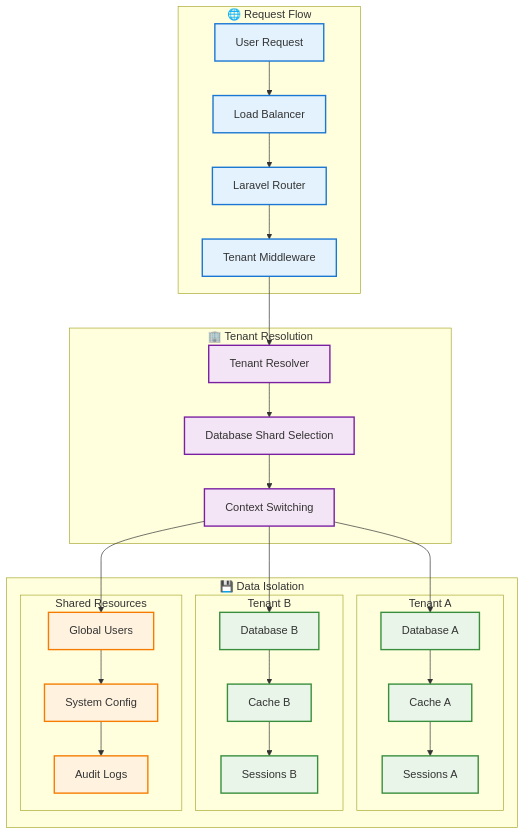
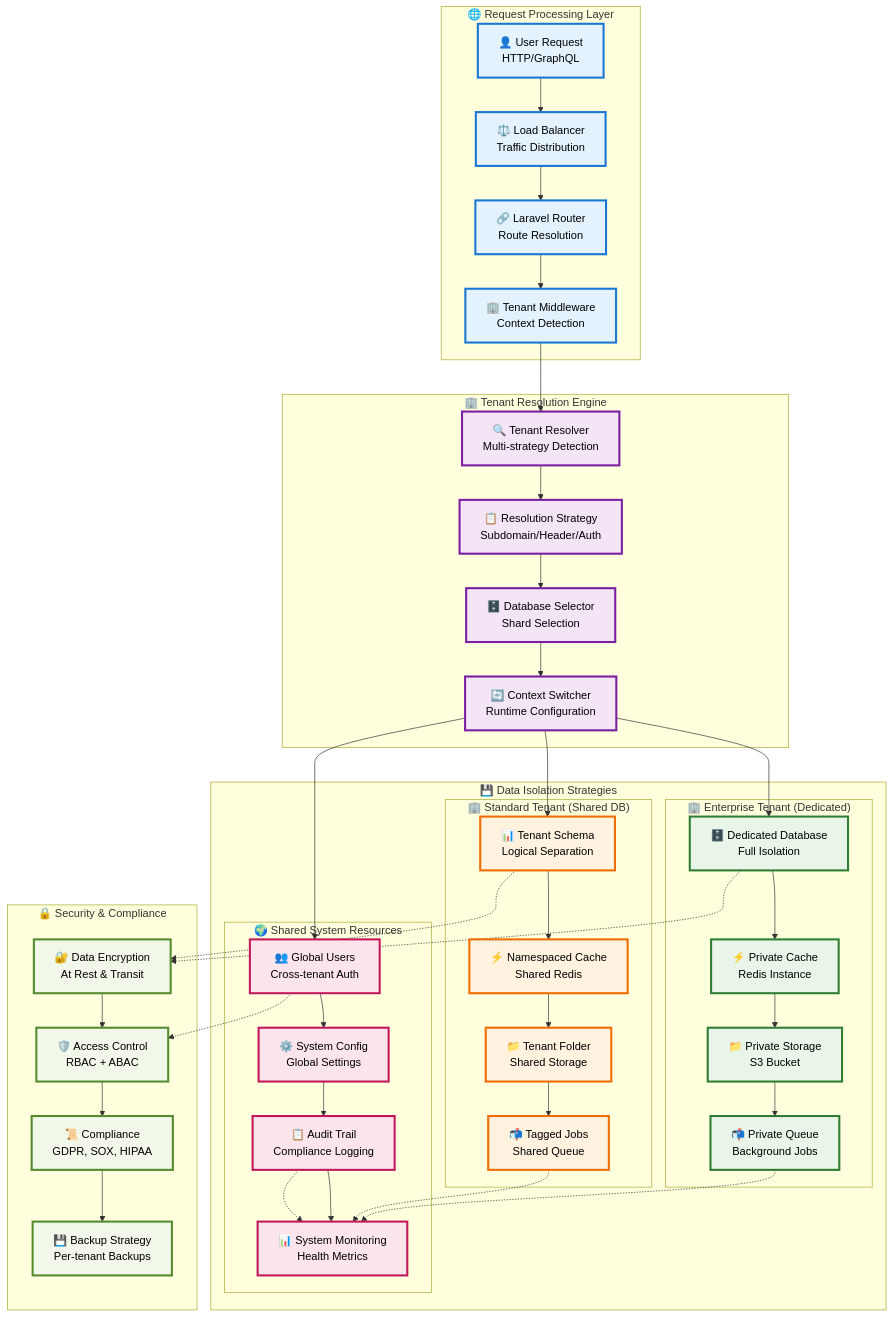
The fifth of 11 diagrams in README.md (abdoElHodaky/larvaccountplatfo), drawn with Mermaid before and after one commit. The commit also changed other lines of this file, not shown here.

````diff
--- a/README.md
+++ b/README.md
@@ -292,46 +480,101 @@
 ```mermaid
 graph TB
-    subgraph "🌐 Request Flow"
-        A[User Request] --> B[Load Balancer]
-        B --> C[Laravel Router]
-        C --> D[Tenant Middleware]
+    subgraph "🌐 Request Processing Layer"
+        USER_REQ[👤 User Request<br/>HTTP/GraphQL]
+        LOAD_BAL[⚖️ Load Balancer<br/>Traffic Distribution]
+        ROUTER[🔗 Laravel Router<br/>Route Resolution]
+        TENANT_MW[🏢 Tenant Middleware<br/>Context Detection]
+        
+        USER_REQ --> LOAD_BAL
+        LOAD_BAL --> ROUTER
+        ROUTER --> TENANT_MW
     end
     
-    subgraph "🏢 Tenant Resolution"
-        D --> E[Tenant Resolver]
-        E --> F[Database Shard Selection]
-        F --> G[Context Switching]
+    subgraph "🏢 Tenant Resolution Engine"
+        RESOLVER[🔍 Tenant Resolver<br/>Multi-strategy Detection]
+        STRATEGY[📋 Resolution Strategy<br/>Subdomain/Header/Auth]
+        DB_SELECTOR[🗄️ Database Selector<br/>Shard Selection]
+        CONTEXT[🔄 Context Switcher<br/>Runtime Configuration]
+        
+        TENANT_MW --> RESOLVER
+        RESOLVER --> STRATEGY
+        STRATEGY --> DB_SELECTOR
+        DB_SELECTOR --> CONTEXT
     end
     
-    subgraph "💾 Data Isolation"
-        subgraph "Tenant A"
-            H1[Database A] --> I1[Cache A]
-            I1 --> J1[Sessions A]
+    subgraph "💾 Data Isolation Strategies"
+        subgraph "🏢 Enterprise Tenant (Dedicated)"
+            ENT_DB[🗄️ Dedicated Database<br/>Full Isolation]
+            ENT_CACHE[⚡ Private Cache<br/>Redis Instance]
+            ENT_FILES[📁 Private Storage<br/>S3 Bucket]
+            ENT_QUEUE[📬 Private Queue<br/>Background Jobs]
+            
+            ENT_DB --> ENT_CACHE
+            ENT_CACHE --> ENT_FILES
+            ENT_FILES --> ENT_QUEUE
         end
         
-        subgraph "Tenant B"
-            H2[Database B] --> I2[Cache B]
-            I2 --> J2[Sessions B]
+        subgraph "🏢 Standard Tenant (Shared DB)"
+            STD_SCHEMA[📊 Tenant Schema<br/>Logical Separation]
+            STD_CACHE[⚡ Namespaced Cache<br/>Shared Redis]
+            STD_FILES[📁 Tenant Folder<br/>Shared Storage]
+            STD_QUEUE[📬 Tagged Jobs<br/>Shared Queue]
+            
+            STD_SCHEMA --> STD_CACHE
+            STD_CACHE --> STD_FILES
+            STD_FILES --> STD_QUEUE
         end
         
-        subgraph "Shared Resources"
-            K[Global Users] --> L[System Config]
-            L --> M[Audit Logs]
+        subgraph "🌍 Shared System Resources"
+            GLOBAL_USERS[👥 Global Users<br/>Cross-tenant Auth]
+            SYSTEM_CONFIG[⚙️ System Config<br/>Global Settings]
+            AUDIT_LOGS[📋 Audit Trail<br/>Compliance Logging]
+            MONITORING[📊 System Monitoring<br/>Health Metrics]
+            
+            GLOBAL_USERS --> SYSTEM_CONFIG
+            SYSTEM_CONFIG --> AUDIT_LOGS
+            AUDIT_LOGS --> MONITORING
         end
     end
     
-    G --> H1
-    G --> H2
-    G --> K
+    subgraph "🔒 Security & Compliance"
+        DATA_ENCRYPT[🔐 Data Encryption<br/>At Rest & Transit]
+        ACCESS_CTRL[🛡️ Access Control<br/>RBAC + ABAC]
+        COMPLIANCE[📜 Compliance<br/>GDPR, SOX, HIPAA]
+        BACKUP[💾 Backup Strategy<br/>Per-tenant Backups]
+        
+        DATA_ENCRYPT --> ACCESS_CTRL
+        ACCESS_CTRL --> COMPLIANCE
+        COMPLIANCE --> BACKUP
+    end
+    
+    %% Context Switching Connections
+    CONTEXT --> ENT_DB
+    CONTEXT --> STD_SCHEMA
+    CONTEXT --> GLOBAL_USERS
+    
+    %% Security Integration
+    ENT_DB -.-> DATA_ENCRYPT
+    STD_SCHEMA -.-> DATA_ENCRYPT
+    GLOBAL_USERS -.-> ACCESS_CTRL
+    
+    %% Monitoring Integration
+    ENT_QUEUE -.-> MONITORING
+    STD_QUEUE -.-> MONITORING
+    AUDIT_LOGS -.-> MONITORING
     
     %% Styling
-    classDef request fill:#e3f2fd,stroke:#1976d2,stroke-width:2px
-    classDef tenant fill:#f3e5f5,stroke:#7b1fa2,stroke-width:2px
-    classDef data fill:#e8f5e8,stroke:#388e3c,stroke-width:2px
-    classDef shared fill:#fff3e0,stroke:#f57c00,stroke-width:2px
+    classDef request fill:#e3f2fd,stroke:#1976d2,stroke-width:3px,color:#000
+    classDef tenant fill:#f3e5f5,stroke:#7b1fa2,stroke-width:3px,color:#000
+    classDef enterprise fill:#e8f5e8,stroke:#2e7d32,stroke-width:3px,color:#000
+    classDef standard fill:#fff3e0,stroke:#ef6c00,stroke-width:3px,color:#000
+    classDef shared fill:#fce4ec,stroke:#c2185b,stroke-width:3px,color:#000
+    classDef security fill:#f1f8e9,stroke:#558b2f,stroke-width:3px,color:#000
     
-    class A,B,C,D request
-    class E,F,G tenant
-    class H1,I1,J1,H2,I2,J2 data
-    class K,L,M shared
+    class USER_REQ,LOAD_BAL,ROUTER,TENANT_MW request
+    class RESOLVER,STRATEGY,DB_SELECTOR,CONTEXT tenant
+    class ENT_DB,ENT_CACHE,ENT_FILES,ENT_QUEUE enterprise
+    class STD_SCHEMA,STD_CACHE,STD_FILES,STD_QUEUE standard
+    class GLOBAL_USERS,SYSTEM_CONFIG,AUDIT_LOGS,MONITORING shared
+    class DATA_ENCRYPT,ACCESS_CTRL,COMPLIANCE,BACKUP security
 ```
````
